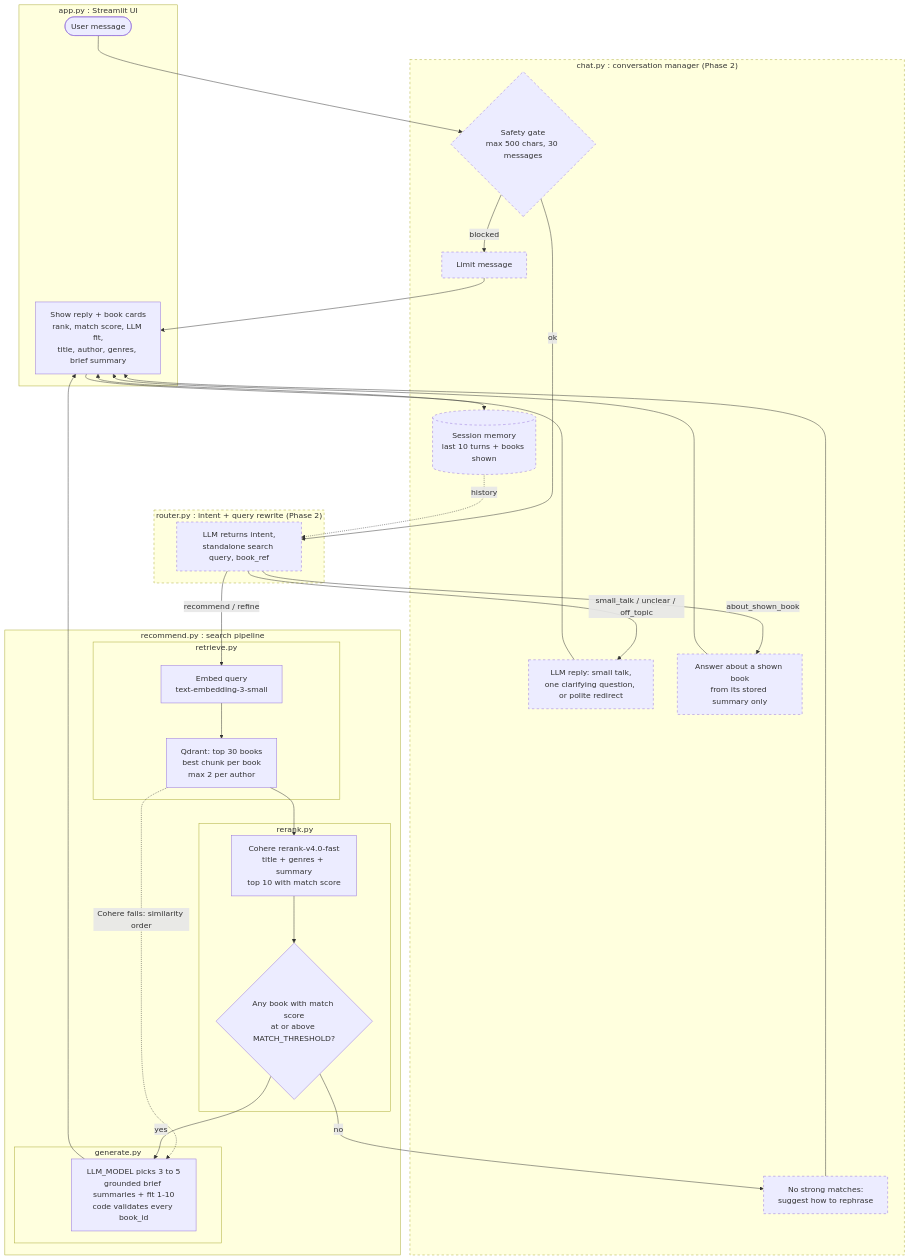
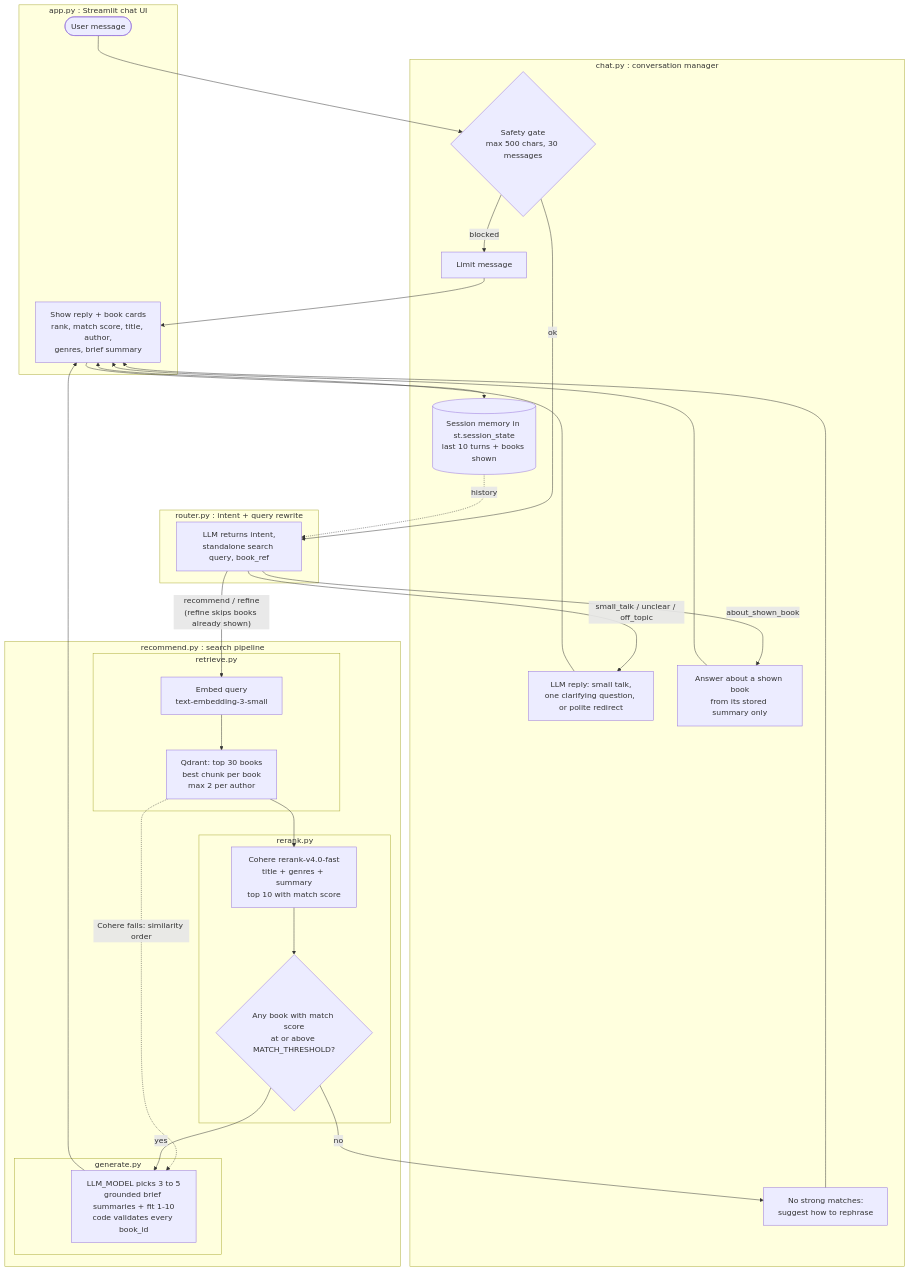
The diagram in README.md (ChariPramod/book-recommender), drawn with Mermaid before and after one commit. The commit also changed other lines of this file and 6 other files, not shown here.

First line of the commit message:
Add chat with memory and intent router

````diff
--- a/README.md
+++ b/README.md
@@ -12,55 +12,52 @@
 ```mermaid
 flowchart TD
-    subgraph APP["app.py : Streamlit UI"]
+    subgraph APP["app.py : Streamlit chat UI"]
         U(["User message"])
-        OUT["Show reply + book cards<br/>rank, match score, LLM fit,<br/>title, author, genres, brief summary"]
+        OUT["Show reply + book cards<br/>rank, match score, title, author,<br/>genres, brief summary"]
     end
 
-    subgraph CHAT["chat.py : conversation manager (Phase 2)"]
+    subgraph CHAT["chat.py : conversation manager"]
         GATE{"Safety gate<br/>max 500 chars, 30 messages"}
         LIM["Limit message"]
         TALK["LLM reply: small talk,<br/>one clarifying question, or polite redirect"]
         ABOUT["Answer about a shown book<br/>from its stored summary only"]
         NOM["No strong matches:<br/>suggest how to rephrase"]
-        MEM[("Session memory<br/>last 10 turns + books shown")]
+        MEM[("Session memory in st.session_state<br/>last 10 turns + books shown")]
     end
 
-    subgraph ROUTER["router.py : intent + query rewrite (Phase 2)"]
+    subgraph ROUTER["router.py : intent + query rewrite"]
         R["LLM returns intent,<br/>standalone search query, book_ref"]
     end
 
     subgraph REC["recommend.py : search pipeline"]
         subgraph RET["retrieve.py"]
             E["Embed query<br/>text-embedding-3-small"] --> Q["Qdrant: top 30 books<br/>best chunk per book<br/>max 2 per author"]
         end
         subgraph RR["rerank.py"]
             C["Cohere rerank-v4.0-fast<br/>title + genres + summary<br/>top 10 with match score"] --> T{"Any book with match score<br/>at or above MATCH_THRESHOLD?"}
         end
         subgraph GEN["generate.py"]
             G["LLM_MODEL picks 3 to 5<br/>grounded brief summaries + fit 1-10<br/>code validates every book_id"]
         end
     end
 
     U --> GATE
     GATE -- blocked --> LIM
     GATE -- ok --> R
     R -- "small_talk / unclear / off_topic" --> TALK
     R -- about_shown_book --> ABOUT
-    R -- "recommend / refine" --> E
+    R -- "recommend / refine<br/>(refine skips books already shown)" --> E
     Q --> C
     Q -. "Cohere fails: similarity order" .-> G
     T -- yes --> G
     T -- no --> NOM
     G --> OUT
     TALK --> OUT
     ABOUT --> OUT
     NOM --> OUT
     LIM --> OUT
     OUT --> MEM
     MEM -. "history" .-> R
 
     classDef planned stroke-dasharray: 5 5
-    class GATE,LIM,TALK,ABOUT,NOM,MEM,R planned
-    style CHAT stroke-dasharray: 5 5
-    style ROUTER stroke-dasharray: 5 5
 ```
````
